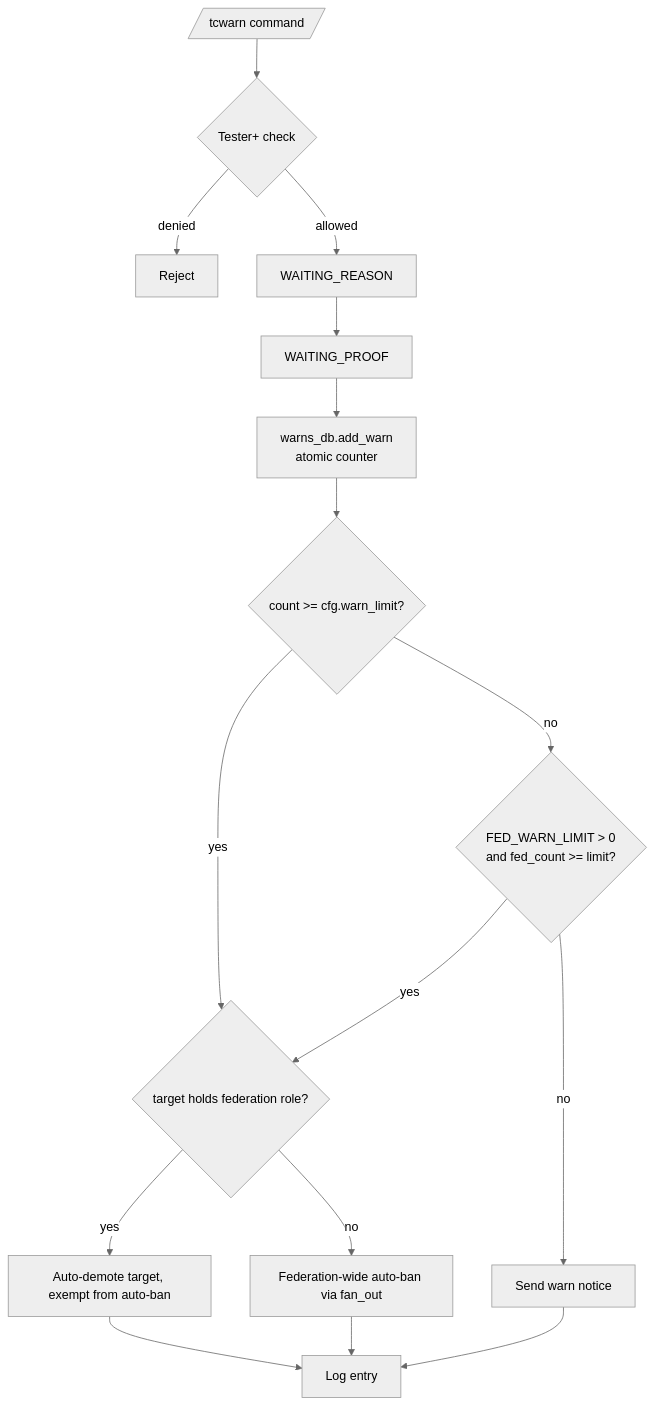
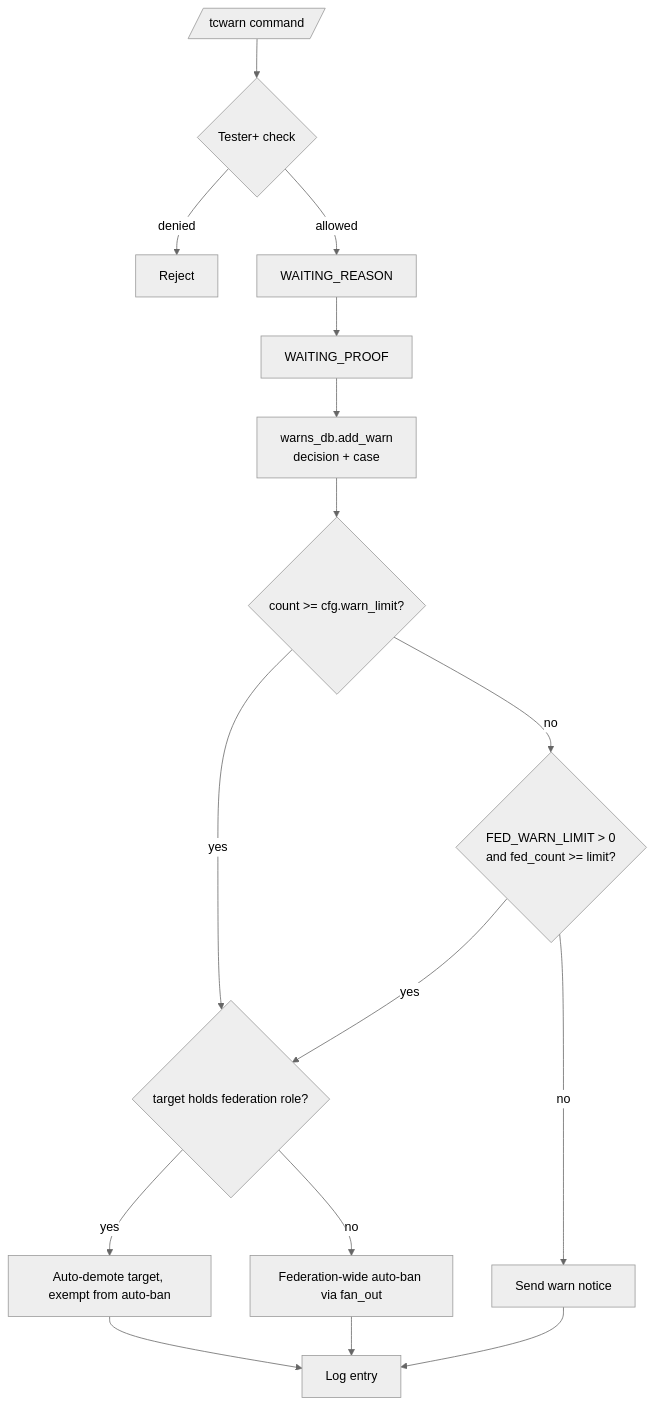
The diagram in docs/features/moderation/warnings.md (D1ZZY4/tcbot), drawn with Mermaid (neutral theme) before and after one commit. The commit also changed other lines of this file and 5 other files, not shown here.

````diff
--- a/docs/features/moderation/warnings.md
+++ b/docs/features/moderation/warnings.md
@@ -10,18 +10,18 @@
 ```mermaid
 flowchart TD
     Cmd[/tcwarn command/] --> Permission{Tester+ check}
     Permission -->|denied| End1[Reject]
     Permission -->|allowed| Reason[WAITING_REASON]
     Reason --> Proof[WAITING_PROOF]
-    Proof --> AddWarn[warns_db.add_warn<br/>atomic counter]
+    Proof --> AddWarn[warns_db.add_warn<br/>decision + case]
     AddWarn --> CheckPerGroup{count >= cfg.warn_limit?}
     CheckPerGroup -->|yes| RoleCheck{target holds federation role?}
     RoleCheck -->|yes| Exempt[Auto-demote target, exempt from auto-ban]
     RoleCheck -->|no| AutoBan[Federation-wide auto-ban via fan_out]
     CheckPerGroup -->|no| CheckFed{FED_WARN_LIMIT > 0<br/>and fed_count >= limit?}
     CheckFed -->|yes| RoleCheck
     CheckFed -->|no| Notify[Send warn notice]
     Notify --> Log[Log entry]
     AutoBan --> Log
     Exempt --> Log
 ```
````
